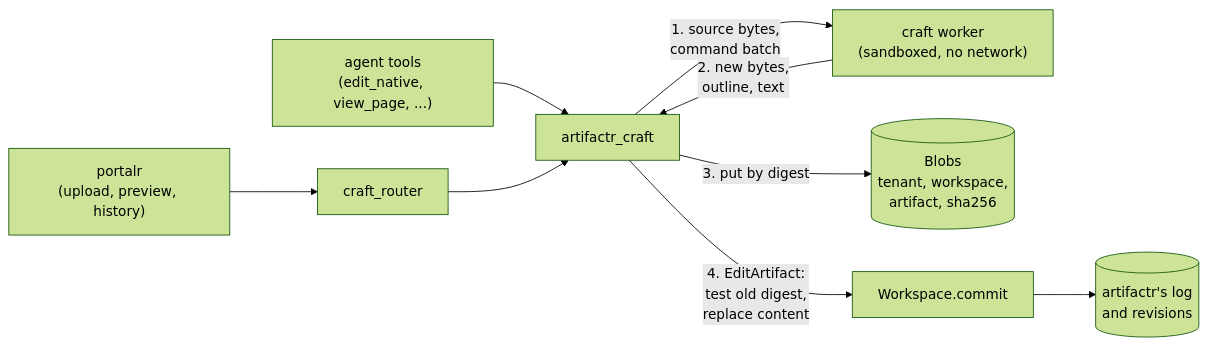
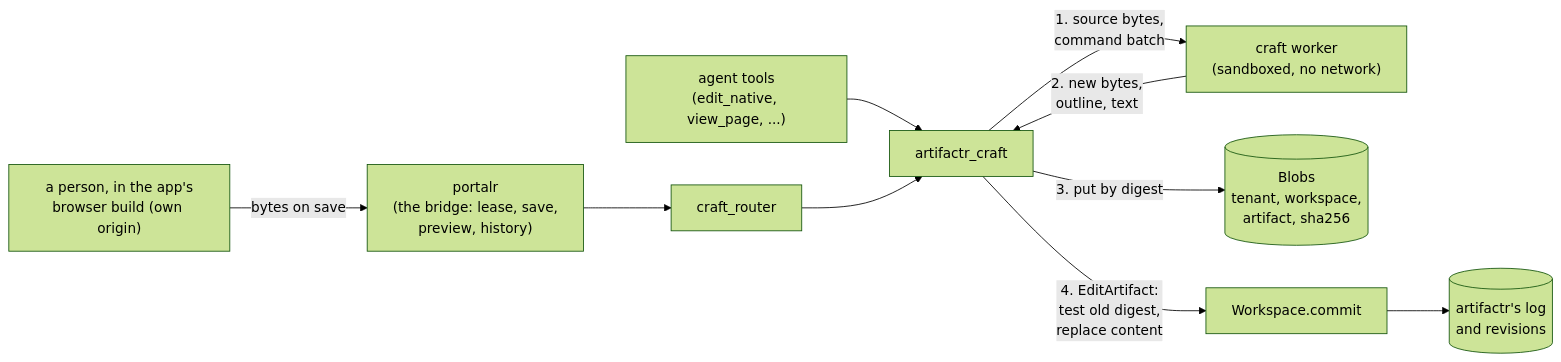
The diagram in docs/rfcs/0003-native-files-as-artifacts.md (alexnodeland/lattice), drawn with Mermaid (forest theme) before and after one commit. The commit also changed other lines of this file, not shown here.

First line of the commit message:
docs(rfc): RFC-0003 goes browser first, with merge strategies and user-side events

````diff
--- a/docs/rfcs/0003-native-files-as-artifacts.md
+++ b/docs/rfcs/0003-native-files-as-artifacts.md
@@ -32,11 +32,12 @@
 ```mermaid
 graph LR
+    person["a person, in the app's<br/>browser build (own origin)"] -- "bytes on save" --> portal
     agent["agent tools<br/>(edit_native, view_page, ...)"] --> craft["artifactr_craft"]
-    portal["portalr<br/>(upload, preview, history)"] --> router["craft_router"]
+    portal["portalr<br/>(the bridge: lease, save,<br/>preview, history)"] --> router["craft_router"]
     router --> craft
     craft -- "1. source bytes,<br/>command batch" --> worker["craft worker<br/>(sandboxed, no network)"]
     worker -- "2. new bytes,<br/>outline, text" --> craft
     craft -- "3. put by digest" --> blobs[("Blobs<br/>tenant, workspace,<br/>artifact, sha256")]
     craft -- "4. EditArtifact:<br/>test old digest,<br/>replace content" --> ws["Workspace.commit"]
     ws --> log[("artifactr's log<br/>and revisions")]
 ```
````
